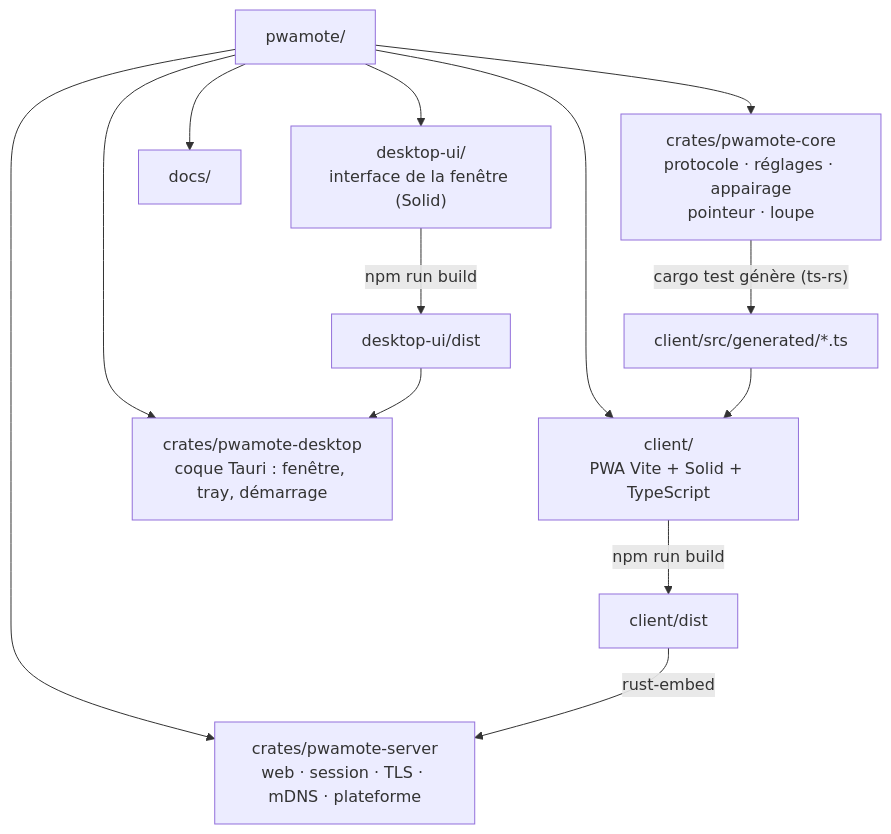
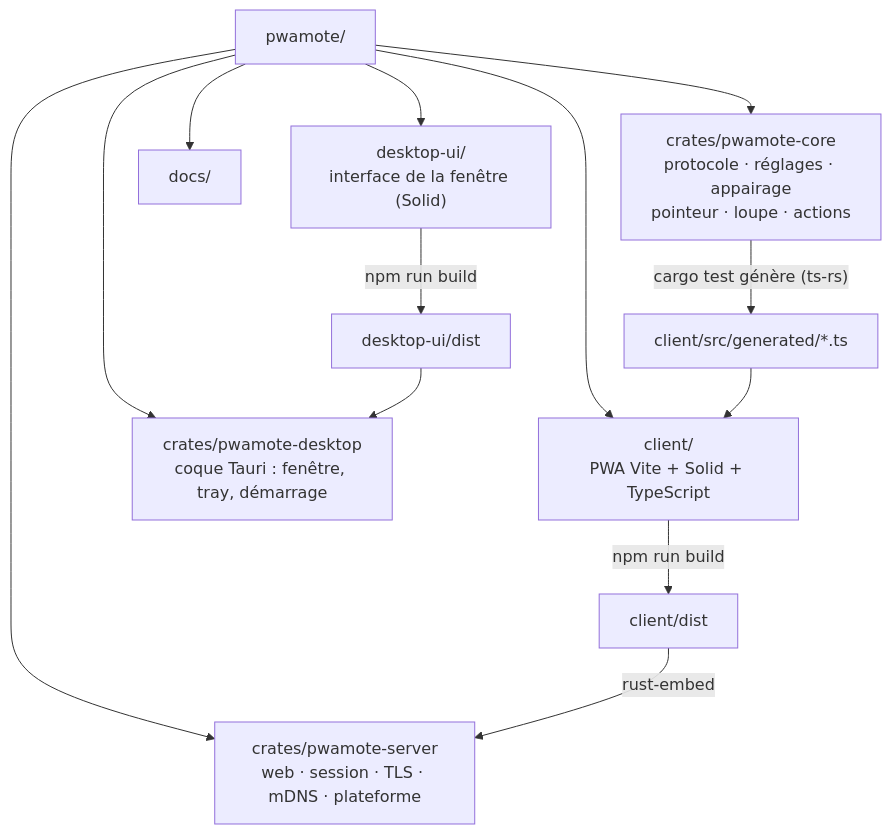
One commit to wardensfx/pwamote changed the fifth of 16 diagrams in docs/architecture.md. Above: the diagram before and after it, drawn with Mermaid. The commit also changed other lines of this file and 43 other files, not shown here.

````diff
--- a/docs/architecture.md
+++ b/docs/architecture.md
@@ -107,15 +109,15 @@
 ```mermaid
 flowchart TD
-  R["pwamote/"] --> C["crates/pwamote-core<br/>protocole · réglages · appairage<br/>pointeur · loupe"]
+  R["pwamote/"] --> C["crates/pwamote-core<br/>protocole · réglages · appairage<br/>pointeur · loupe · actions"]
   R --> S["crates/pwamote-server<br/>web · session · TLS · mDNS · plateforme"]
   R --> CL["client/<br/>PWA Vite + Solid + TypeScript"]
   R --> DE["crates/pwamote-desktop<br/>coque Tauri : fenêtre, tray, démarrage"]
   R --> DU["desktop-ui/<br/>interface de la fenêtre (Solid)"]
   DU -- "npm run build" --> DUD["desktop-ui/dist"]
   DUD --> DE
   R --> D["docs/"]
   C -- "cargo test génère (ts-rs)" --> G["client/src/generated/*.ts"]
   G --> CL
   CL -- "npm run build" --> DIST["client/dist"]
   DIST -- "rust-embed" --> S
 ```
````
